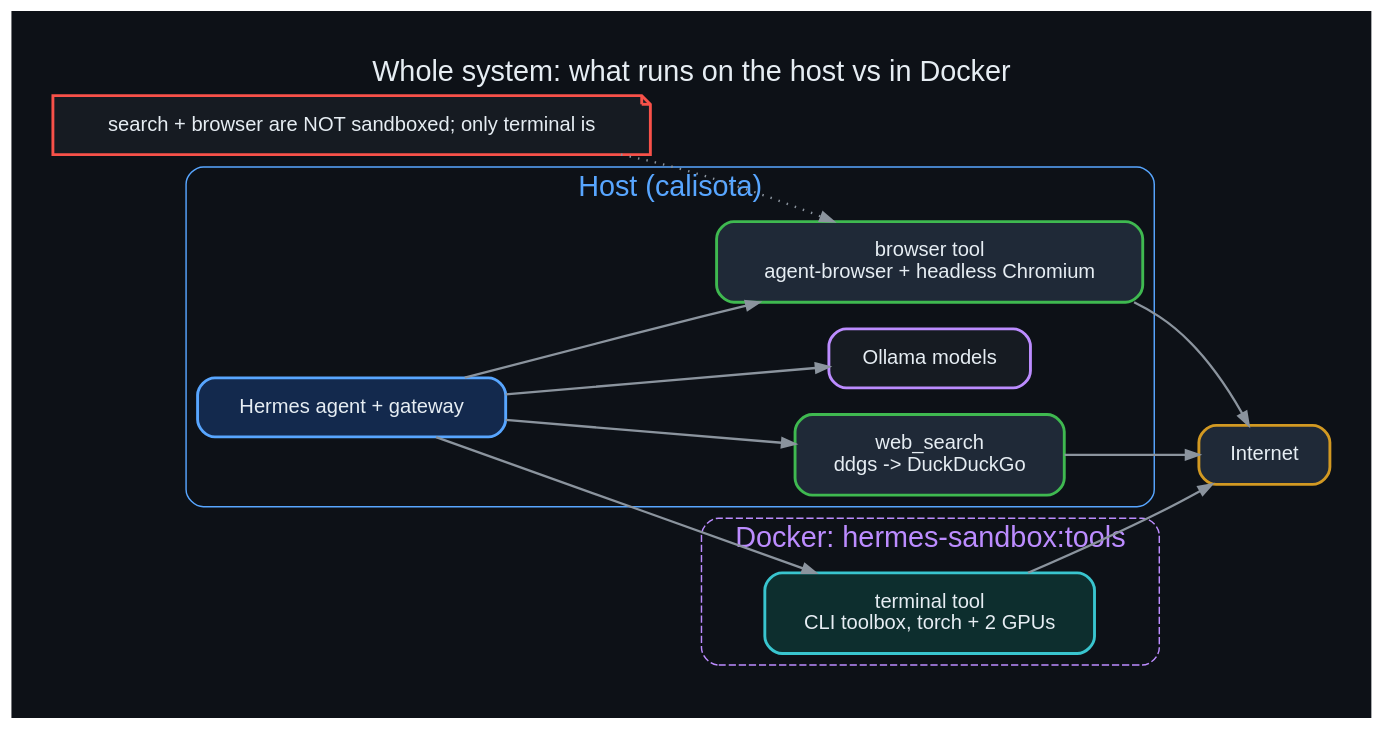
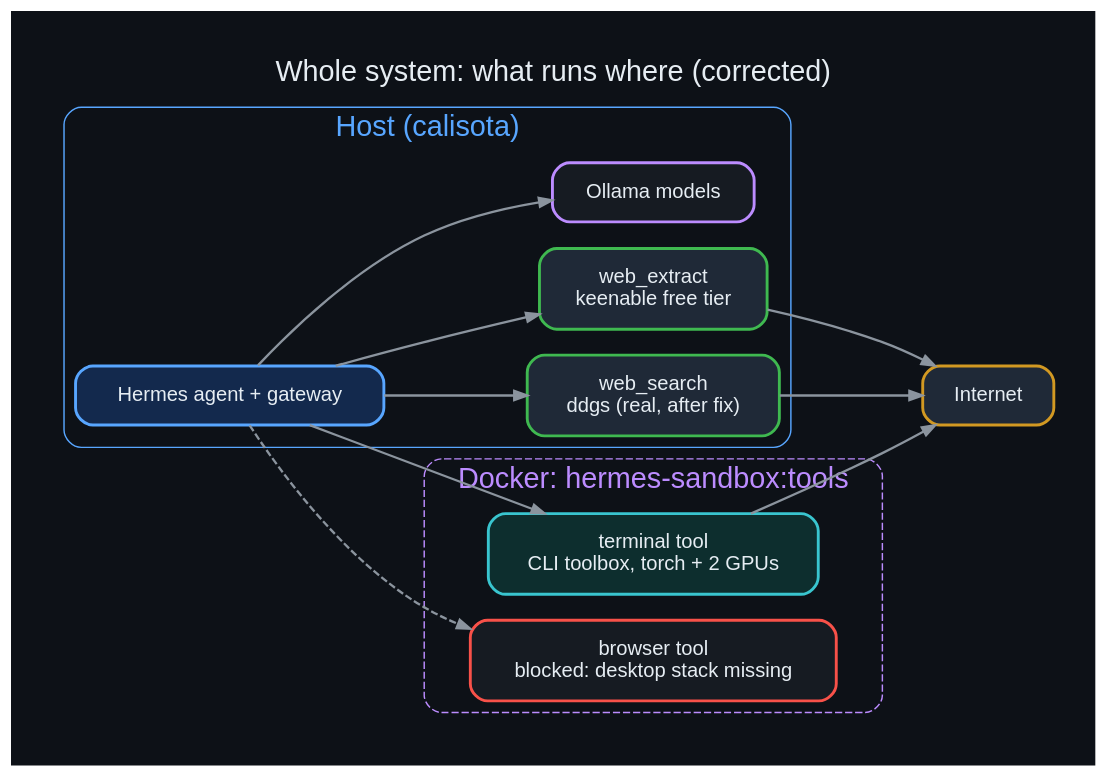
The diagram in diagrams/24_system_overview.dot (danindiana/hermes-web-search-ddgs), drawn with Graphviz before and after one commit. The commit also changed 42 other files, not shown here.

Commit message:
Correct ddgs install target and browser placement; add e2e findings, cleanup, egress review, diagrams 26-34

```diff
--- a/diagrams/24_system_overview.dot
+++ b/diagrams/24_system_overview.dot
@@ -1,13 +1,12 @@
 digraph g {
 graph [bgcolor="#0d1117", rankdir=LR, fontname="Helvetica", fontcolor="#e6edf3", labelloc="t", fontsize=20, pad=0.4];
 node  [fontname="Helvetica", fontcolor="#e6edf3", color="#30363d", style="filled,rounded", shape=box, penwidth=2, margin="0.25,0.18", fillcolor="#161b22"];
 edge  [color="#8b949e", fontname="Helvetica", fontcolor="#adbac7", penwidth=1.6, arrowsize=0.9];
-label="Whole system: what runs on the host vs in Docker";
+label="Whole system: what runs where (corrected)";
 subgraph cluster_h { label="Host (calisota)"; color="#58a6ff"; fontcolor="#58a6ff"; style=rounded;
- ag [label="Hermes agent + gateway", color="#58a6ff", fillcolor="#13294d"]; ws [label="web_search\nddgs -> DuckDuckGo", color="#3fb950", fillcolor="#1f2937"]; br [label="browser tool\nagent-browser + headless Chromium", color="#3fb950", fillcolor="#1f2937"]; ol [label="Ollama models", color="#bc8cff"]; }
+ ag [label="Hermes agent + gateway", color="#58a6ff", fillcolor="#13294d"]; ws [label="web_search\nddgs (real, after fix)", color="#3fb950", fillcolor="#1f2937"]; ex [label="web_extract\nkeenable free tier", color="#3fb950", fillcolor="#1f2937"]; ol [label="Ollama models", color="#bc8cff"]; }
 subgraph cluster_d { label="Docker: hermes-sandbox:tools"; color="#bc8cff"; fontcolor="#bc8cff"; style="rounded,dashed";
- tm [label="terminal tool\nCLI toolbox, torch + 2 GPUs", color="#39c5cf", fillcolor="#0d2e2e"]; }
+ tm [label="terminal tool\nCLI toolbox, torch + 2 GPUs", color="#39c5cf", fillcolor="#0d2e2e"]; br [label="browser tool\nblocked: desktop stack missing", color="#f85149"]; }
 net [label="Internet", color="#d29922", fillcolor="#1f2937"];
-ag->ol; ag->ws; ag->br; ag->tm; ws->net; br->net; tm->net;
-n [label="search + browser are NOT sandboxed; only terminal is", color="#f85149", shape=note]; n->br [style=dotted];
+ag->ol; ag->ws; ag->ex; ag->tm; ag->br [style=dashed]; ws->net; ex->net; tm->net;
 }
```
